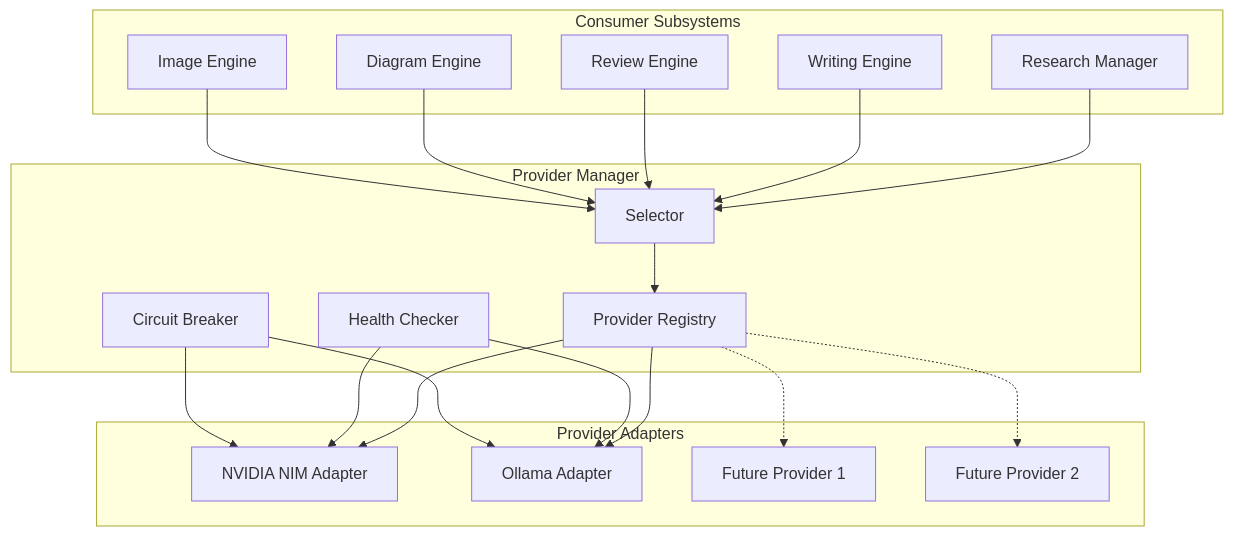
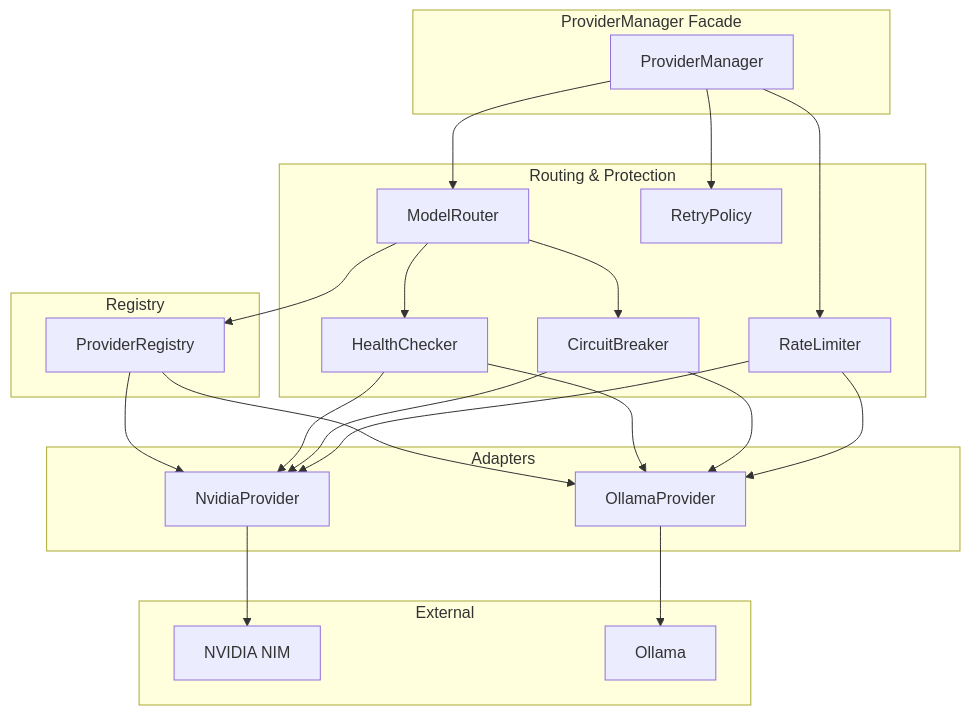
One commit to dsk-dev-ai/bookforge-ai changed the third of 8 diagrams in docs/ARCHITECTURE.md. Above: the diagram before and after it, drawn with Mermaid. The commit also changed other lines of this file and 33 other files, not shown here.

````diff
--- a/docs/ARCHITECTURE.md
+++ b/docs/ARCHITECTURE.md
@@ -283,39 +191,45 @@
 ```mermaid
 graph TB
-    subgraph "Provider Manager"
-        REG[Provider Registry]
-        HC[Health Checker]
-        CB[Circuit Breaker]
-        SEL[Selector]
+    subgraph "ProviderManager Facade"
+        PM[ProviderManager]
     end
 
-    subgraph "Provider Adapters"
-        NIM[NVIDIA NIM Adapter]
-        OLL[Ollama Adapter]
-        PLG1[Future Provider 1]
-        PLG2[Future Provider 2]
+    subgraph "Routing & Protection"
+        RT[ModelRouter]
+        CB[CircuitBreaker]
+        RL[RateLimiter]
+        RP[RetryPolicy]
+        HC[HealthChecker]
     end
 
-    subgraph "Consumer Subsystems"
-        RM[Research Manager]
-        WE[Writing Engine]
-        RVE[Review Engine]
-        DE[Diagram Engine]
-        IE[Image Engine]
+    subgraph "Registry"
+        RG[ProviderRegistry]
     end
 
-    RM --> SEL
-    WE --> SEL
-    RVE --> SEL
-    DE --> SEL
-    IE --> SEL
-    SEL --> REG
-    REG --> NIM
-    REG --> OLL
-    REG -.-> PLG1
-    REG -.-> PLG2
-    HC --> NIM
-    HC --> OLL
-    CB --> NIM
-    CB --> OLL
+    subgraph "Adapters"
+        NV[NvidiaProvider]
+        OL[OllamaProvider]
+    end
+
+    subgraph "External"
+        NIM[NVIDIA NIM]
+        OLL[Ollama]
+    end
+
+    PM --> RT
+    PM --> RP
+    RT --> RG
+    RT --> HC
+    RT --> CB
+    PM --> RL
+    RG --> NV
+    RG --> OL
+    HC --> NV
+    HC --> OL
+    CB --> NV
+    CB --> OL
+    RL --> NV
+    RL --> OL
+    NV --> NIM
+    OL --> OLL
 ```
````
